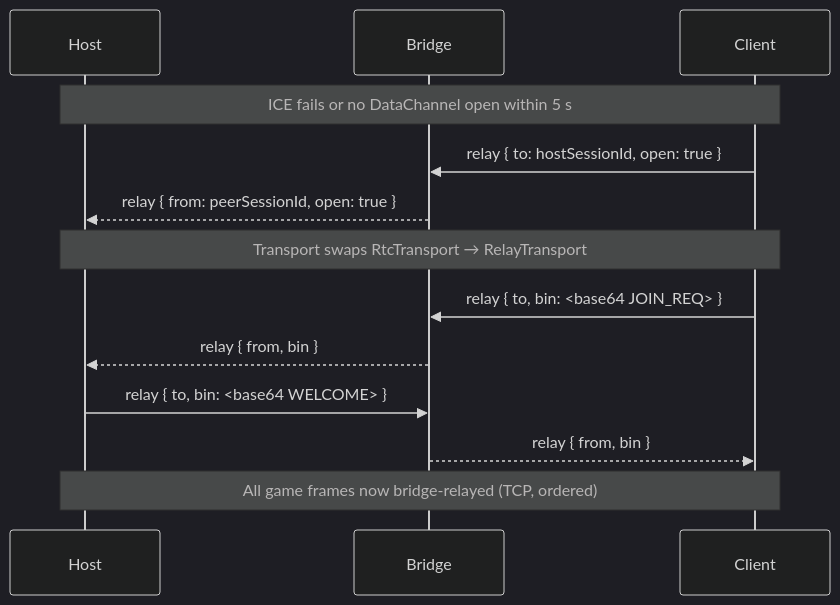
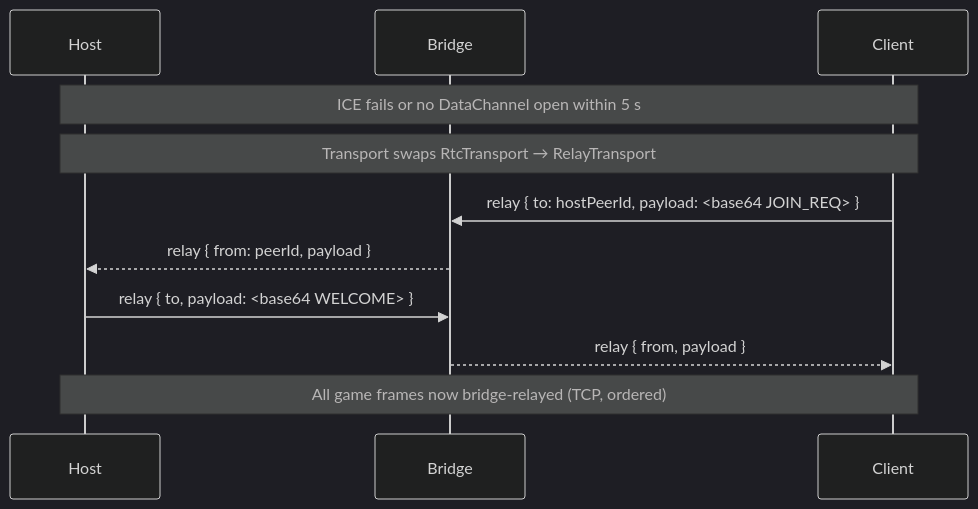
The fourth of 4 diagrams in docs/networking.md (05cyrus/Aerocade), drawn with Mermaid (dark theme) before and after one commit. The commit also changed other lines of this file and 32 other files, not shown here.

````diff
--- a/docs/networking.md
+++ b/docs/networking.md
@@ -95,15 +95,13 @@
 ```mermaid
 sequenceDiagram
     participant H as Host
     participant B as Bridge
     participant C as Client
     Note over H,C: ICE fails or no DataChannel open within 5 s
-    C->>B: relay { to: hostSessionId, open: true }
-    B-->>H: relay { from: peerSessionId, open: true }
     Note over H,C: Transport swaps RtcTransport → RelayTransport
-    C->>B: relay { to, bin: <base64 JOIN_REQ> }
-    B-->>H: relay { from, bin }
-    H->>B: relay { to, bin: <base64 WELCOME> }
-    B-->>C: relay { from, bin }
+    C->>B: relay { to: hostPeerId, payload: <base64 JOIN_REQ> }
+    B-->>H: relay { from: peerId, payload }
+    H->>B: relay { to, payload: <base64 WELCOME> }
+    B-->>C: relay { from, payload }
     Note over H,C: All game frames now bridge-relayed (TCP, ordered)
 ```
````
